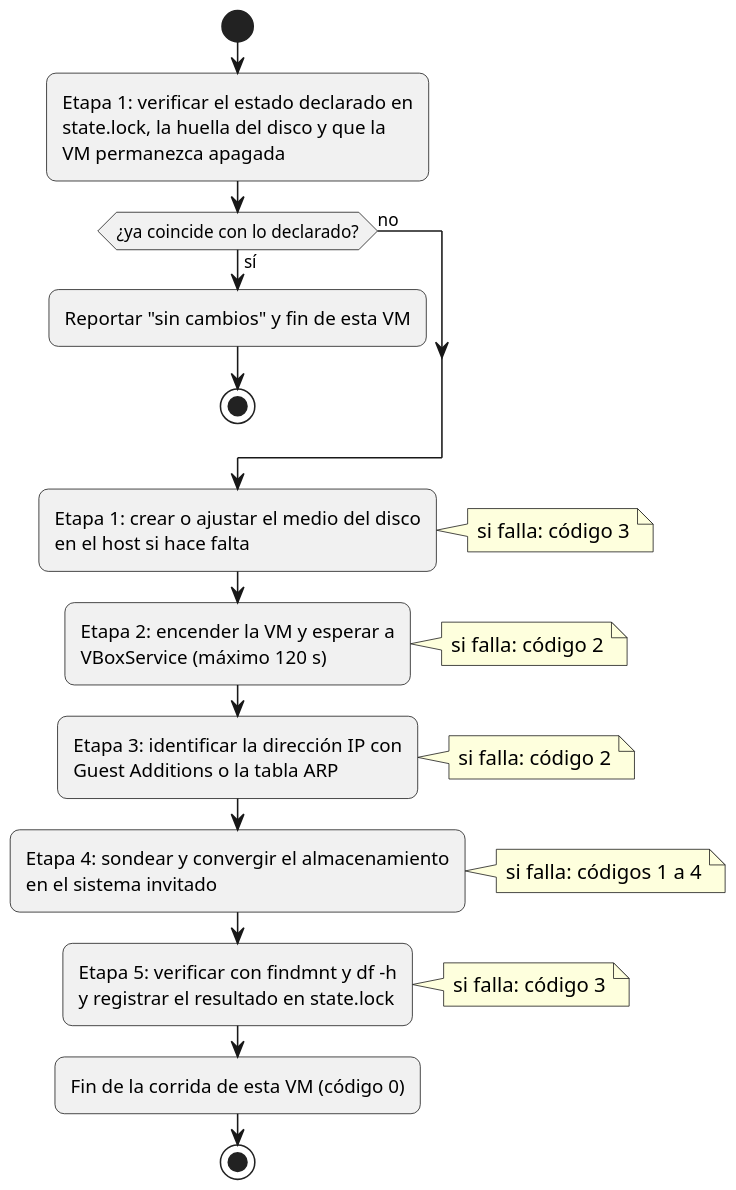
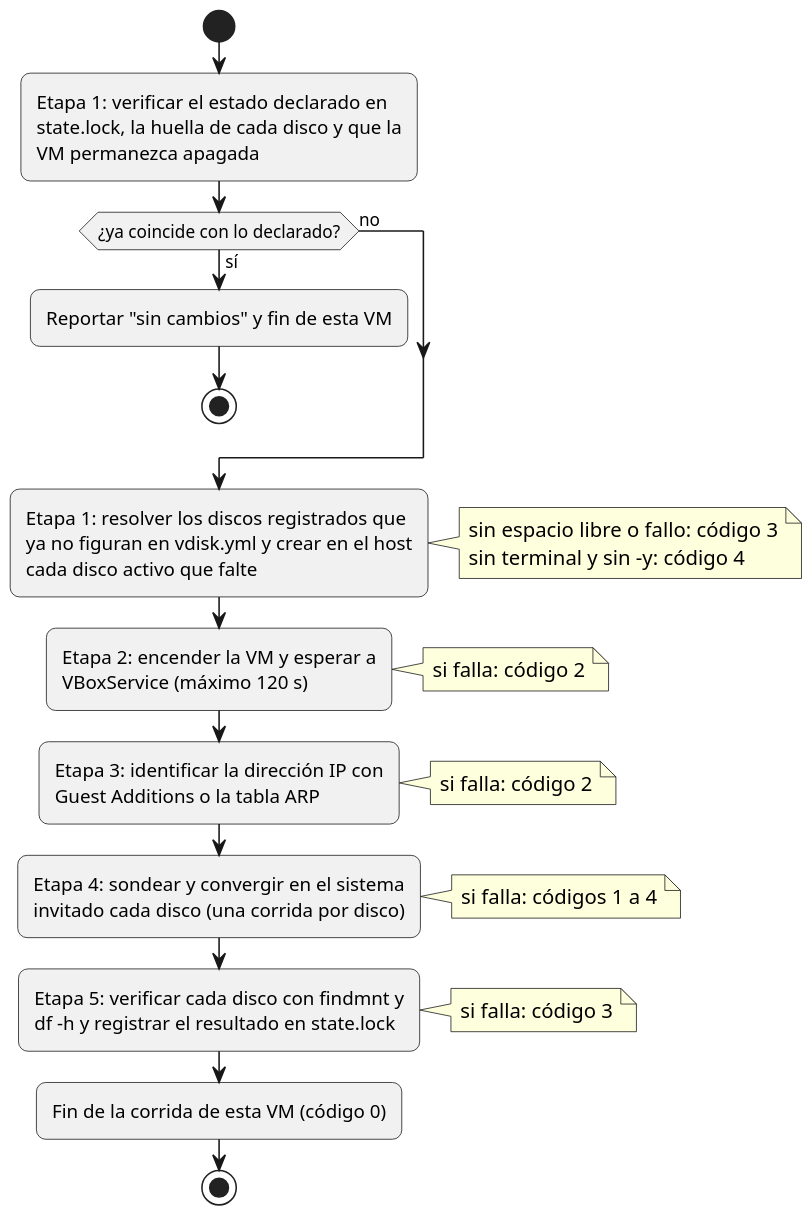
One commit to spalax-dev/vbox-disk-automation changed the diagram in documento/images/etapas.puml. Above: the diagram before and after it, drawn with PlantUML. The commit also changed 43 other files, not shown here.

```diff
--- a/documento/images/etapas.puml
+++ b/documento/images/etapas.puml
@@ -1,46 +1,48 @@
 @startuml etapas
 
 start
 skinparam defaultFontName "Arimo"
 skinparam dpi 150
 skinparam nodesep 24
 skinparam ranksep 30
 skinparam roundCorner 12
 
 :Etapa 1: verificar el estado declarado en
-state.lock, la huella del disco y que la
+state.lock, la huella de cada disco y que la
 VM permanezca apagada;
 if (¿ya coincide con lo declarado?) then (sí)
   :Reportar "sin cambios" y fin de esta VM;
   stop
 else (no)
 endif
-:Etapa 1: crear o ajustar el medio del disco
-en el host si hace falta;
+:Etapa 1: resolver los discos registrados que
+ya no figuran en vdisk.yml y crear en el host
+cada disco activo que falte;
 note right
-  si falla: código 3
+  sin espacio libre o fallo: código 3
+  sin terminal y sin -y: código 4
 end note
 :Etapa 2: encender la VM y esperar a
 VBoxService (máximo 120 s);
 note right
   si falla: código 2
 end note
 :Etapa 3: identificar la dirección IP con
 Guest Additions o la tabla ARP;
 note right
   si falla: código 2
 end note
-:Etapa 4: sondear y convergir el almacenamiento
-en el sistema invitado;
+:Etapa 4: sondear y convergir en el sistema
+invitado cada disco (una corrida por disco);
 note right
   si falla: códigos 1 a 4
 end note
-:Etapa 5: verificar con findmnt y df -h
-y registrar el resultado en state.lock;
+:Etapa 5: verificar cada disco con findmnt y
+df -h y registrar el resultado en state.lock;
 note right
   si falla: código 3
 end note
 :Fin de la corrida de esta VM (código 0);
 stop
 
 @enduml
```
